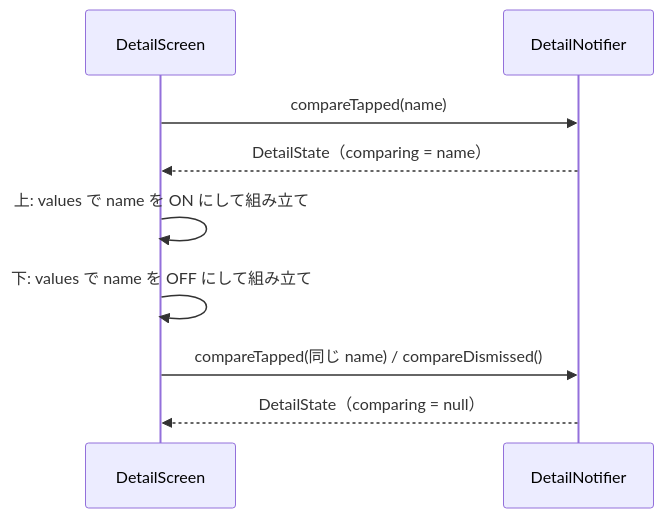
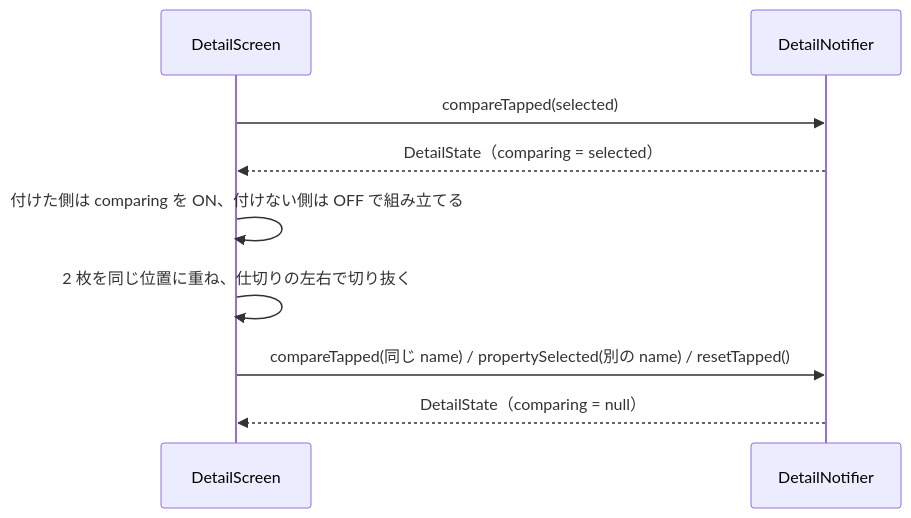
Before and after one commit to masa-futa/widget-lab: the fourth of 6 diagrams in docs/design/functions/demo-engine.md, drawn with Mermaid. The commit also changed other lines of this file and 9 other files, not shown here.

````diff
--- a/docs/design/functions/demo-engine.md
+++ b/docs/design/functions/demo-engine.md
@@ -148,11 +154,11 @@
 ```mermaid
 sequenceDiagram
     participant V as DetailScreen
     participant N as DetailNotifier
-    V->>N: compareTapped(name)
-    N-->>V: DetailState（comparing = name）
-    V->>V: 上: values で name を ON にして組み立て
-    V->>V: 下: values で name を OFF にして組み立て
-    V->>N: compareTapped(同じ name) / compareDismissed()
+    V->>N: compareTapped(selected)
+    N-->>V: DetailState（comparing = selected）
+    V->>V: 付けた側は comparing を ON、付けない側は OFF で組み立てる
+    V->>V: 2 枚を同じ位置に重ね、仕切りの左右で切り抜く
+    V->>N: compareTapped(同じ name) / propertySelected(別の name) / resetTapped()
     N-->>V: DetailState（comparing = null）
 ```
````
